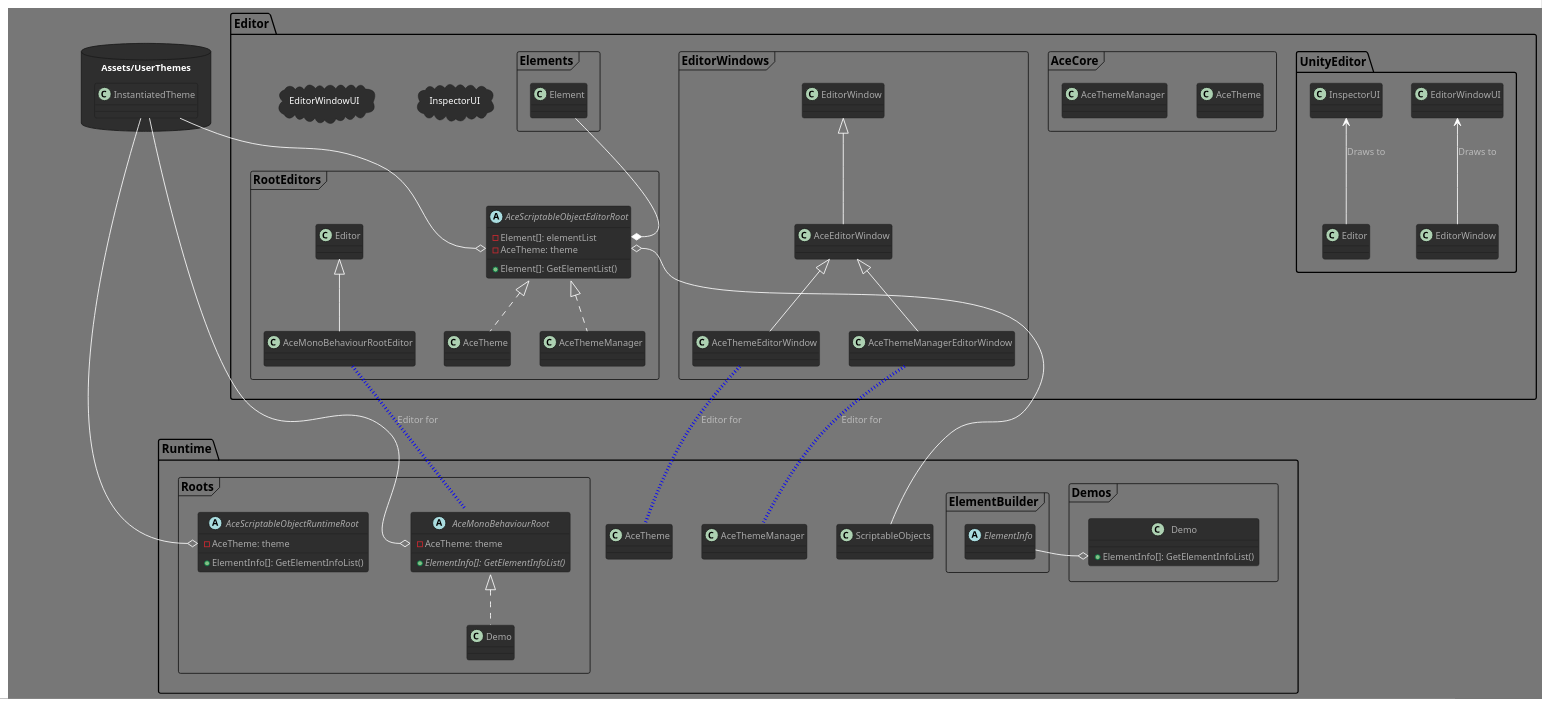
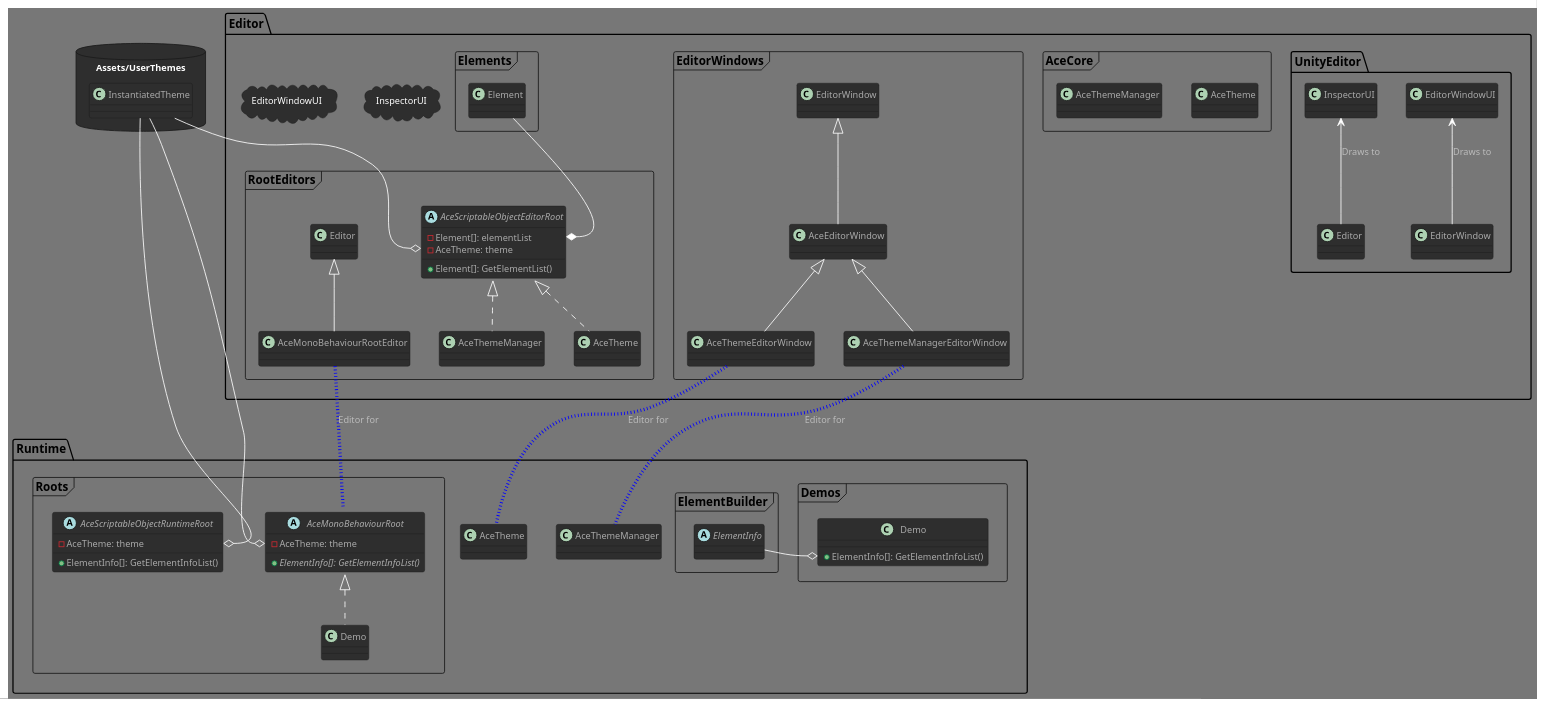
Before and after one commit to arbitrarynotion/com.ianritter.aceuiframework: the diagram in UML/EditorModules/AceMonoBehaviourRoot.puml, drawn with PlantUML. The commit also changed 30 other files, not shown here.

```diff
--- a/UML/EditorModules/AceMonoBehaviourRoot.puml
+++ b/UML/EditorModules/AceMonoBehaviourRoot.puml
@@ -1,191 +1,191 @@
 @startuml AceSystemArchitecture
 
 !theme reddress-darkblue
 ' !theme reddress-darkorange
 ' !include https://raw.githubusercontent.com/bschwarz/puml-themes/master/themes/cyborg/puml-theme-cyborg.puml
 
 
 package "Assets/UserThemes" <<Database>> {
     class InstantiatedTheme{
         
     }
 
     ' InstantiatedTheme -up-> AceTheme #4AEA2A : Instance of
 }
 
 package "Editor" <<Folder>> {
     
     package "UnityEditor" <<Folder>>{
     class Editor{
     }
     Editor -up-> InspectorUI : Draws to
 
     class EditorWindow{
     }
     EditorWindow -up-> EditorWindowUI : Draws to
     }
 
 
     package "AceCore" <<Frame>>{    
         class AceTheme{
         
         }
 
         class AceThemeManager{
 
         }
 
         ' InstantiatedTheme -up-> AceTheme #4AEA2A : Instance of
         
     }
 
     ' note top of AceTheme
     '     Theme instances are loaded
     '     into the ThemeManager where
     '     they are assigned to a
     '     AceMonoBehaviorRoot script type
     ' end note
     
     package "RootEditors" <<Frame>> {
         
         abstract class AceScriptableObjectEditorRoot{
             - Element[]: elementList
             + Element[]: GetElementList()
             - AceTheme: theme
         }
 
         class AceMonoBehaviourRootEditor{
         
         }
         class AceMonoBehaviourRootEditor extends Editor
 
         class AceTheme implements AceScriptableObjectEditorRoot
         class AceThemeManager implements AceScriptableObjectEditorRoot
 
     }
 
     package "Elements" <<Frame>>{
         class Element{
 
         }
         Element --* AceScriptableObjectEditorRoot::elementList
     }
 
     package "InspectorUI" <<Cloud>>{
         
     }
 
     package "EditorWindowUI" <<Cloud>>{
         
     }
     
     
 
     package "EditorWindows" <<Frame>>{
         
         abstract class AceEditorWindow{
 
         }
 
         class AceThemeEditorWindow{
             
         }
 
         class AceThemeManagerEditorWindow{
             
         }
         
         
 
         
 
         class AceThemeEditorWindow extends AceEditorWindow
         class AceThemeManagerEditorWindow extends AceEditorWindow
         class AceEditorWindow extends EditorWindow
         
     }
     ' note bottom of AceMonoBehaviourRootEditor
     '     ElementInfo[] is converted
     '     to Element[] via 
     '     ElementInfoConverter
     ' end note
 
     
     
 }
 
 
 
 package "Runtime" <<Folder>> {
 
     AceThemeEditorWindow -[#blue,dotted,thickness=4]- AceTheme : Editor for
     AceThemeManagerEditorWindow -[#blue,dotted,thickness=4]- AceThemeManager : Editor for
     
     
     package "Demos" <<Frame>>{
         class Demo{
             + ElementInfo[]: GetElementInfoList()
         }
         
         
     }
     
 
     package "ElementBuilder" <<Frame>>{
         abstract class ElementInfo{
             
         }
         ' ElementInfo --o Demo::GetElementInfoList
         Demo::GetElementInfoList o-right- ElementInfo
     }
     
     
     
     
     package "Roots" <<Frame>> {
         
         abstract class AceScriptableObjectRuntimeRoot{
             + ElementInfo[]: GetElementInfoList()
             - AceTheme: theme
         }
 
         abstract class AceMonoBehaviourRoot{
             {abstract} + ElementInfo[]: GetElementInfoList()
             - AceTheme: theme
            
         }
 
         
 
         
 
         InstantiatedTheme --o AceMonoBehaviourRoot::theme
         InstantiatedTheme --o AceScriptableObjectRuntimeRoot::theme
         InstantiatedTheme --o AceScriptableObjectEditorRoot::theme
 
         
         class Demo implements AceMonoBehaviourRoot
 
         AceMonoBehaviourRootEditor -[#blue,dotted,thickness=4]- AceMonoBehaviourRoot : Editor for
 
         
             
     }
 
-    ScriptableObjects --o AceScriptableObjectEditorRoot::theme
+    ' ScriptableObjects --o AceScriptableObjectEditorRoot::theme
 
 
     ' package "Services" <<Frame>>{
         
     '     class ObjectLoader{
 
     '     }
 
         
     '     ObjectLoader --> DefaultTheme : Loads
     '     ObjectLoader <-- DefaultTheme
     ' }
 }
 
 
 @enduml
```
